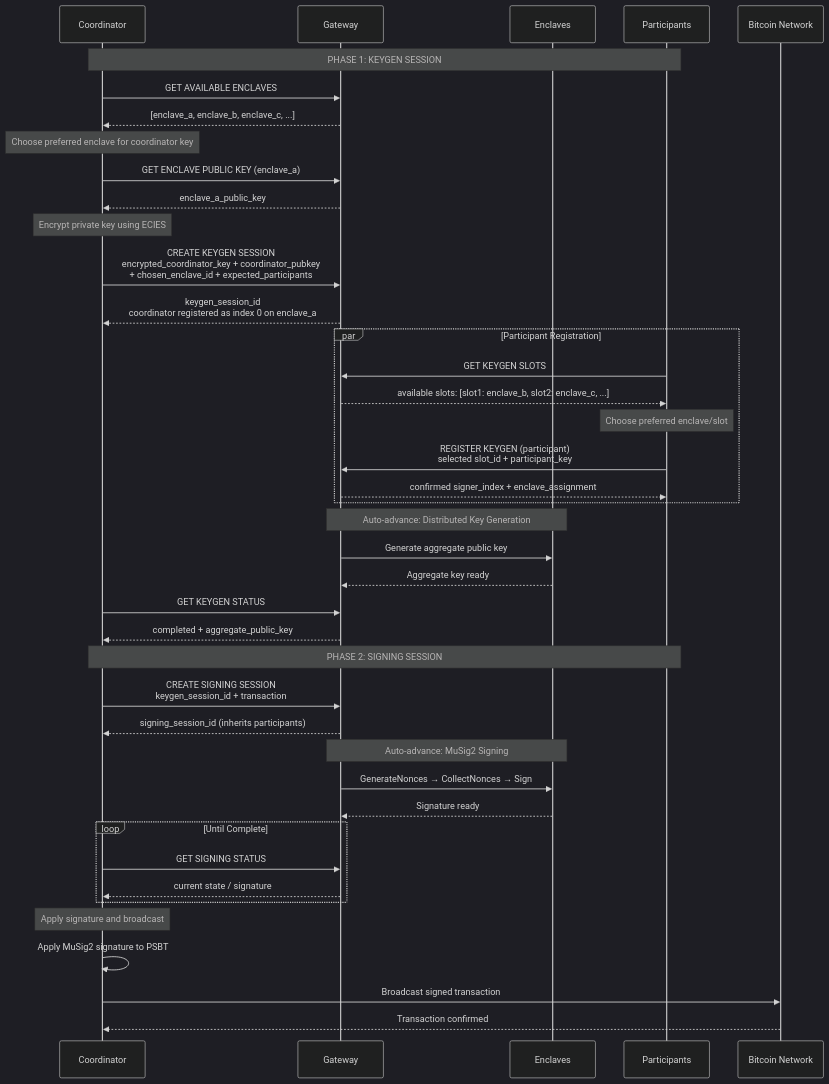
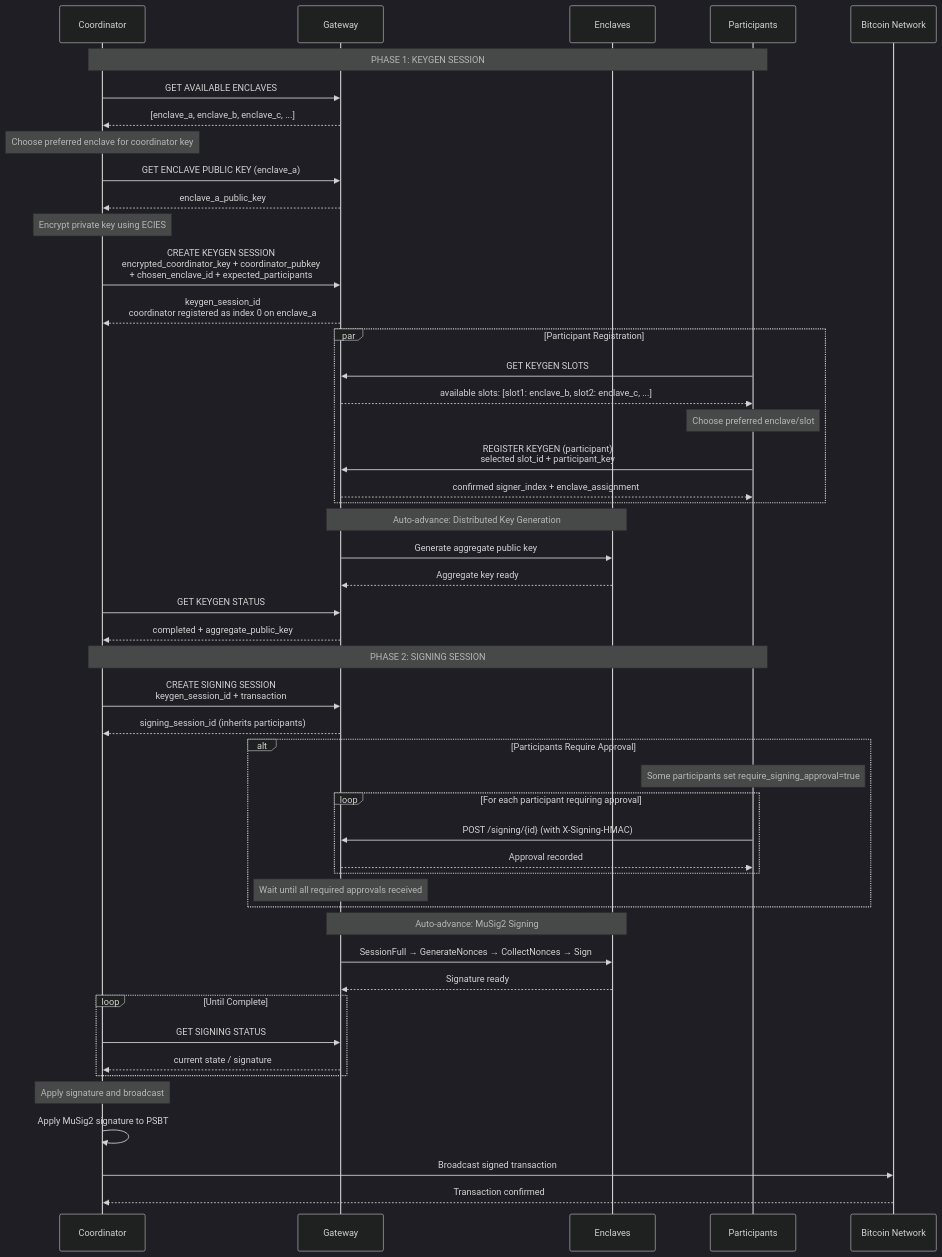
Before and after one commit to tee8z/keymeld: the first of 5 diagrams in README.md, drawn with Mermaid (dark theme). The commit also changed other lines of this file and 45 other files, not shown here.

````diff
--- a/README.md
+++ b/README.md
@@ -171,55 +208,64 @@
 ```mermaid
 sequenceDiagram
     participant C as Coordinator
     participant G as Gateway
     participant E as Enclaves
     participant P as Participants
     participant BN as Bitcoin Network
 
     Note over C,P: PHASE 1: KEYGEN SESSION
 
     C->>G: GET AVAILABLE ENCLAVES
     G-->>C: [enclave_a, enclave_b, enclave_c, ...]
 
     Note over C: Choose preferred enclave for coordinator key
     C->>G: GET ENCLAVE PUBLIC KEY (enclave_a)
     G-->>C: enclave_a_public_key
 
     Note over C: Encrypt private key using ECIES
     C->>G: CREATE KEYGEN SESSION<br/>encrypted_coordinator_key + coordinator_pubkey<br/>+ chosen_enclave_id + expected_participants
     G-->>C: keygen_session_id<br/>coordinator registered as index 0 on enclave_a
 
     par Participant Registration
         P->>G: GET KEYGEN SLOTS
         G-->>P: available slots: [slot1: enclave_b, slot2: enclave_c, ...]
 
         Note over P: Choose preferred enclave/slot
         P->>G: REGISTER KEYGEN (participant)<br/>selected slot_id + participant_key
         G-->>P: confirmed signer_index + enclave_assignment
     end
 
     Note over G,E: Auto-advance: Distributed Key Generation
     G->>E: Generate aggregate public key
     E-->>G: Aggregate key ready
 
     C->>G: GET KEYGEN STATUS
     G-->>C: completed + aggregate_public_key
 
     Note over C,P: PHASE 2: SIGNING SESSION
     C->>G: CREATE SIGNING SESSION<br/>keygen_session_id + transaction
     G-->>C: signing_session_id (inherits participants)
 
+    alt Participants Require Approval
+        Note over P: Some participants set require_signing_approval=true
+        loop For each participant requiring approval
+            P->>G: POST /signing/{id} (with X-Signing-HMAC)
+            G-->>P: Approval recorded
+        end
+        Note over G: Wait until all required approvals received
+    end
+
     Note over G,E: Auto-advance: MuSig2 Signing
-    G->>E: GenerateNonces → CollectNonces → Sign
+    G->>E: SessionFull → GenerateNonces → CollectNonces → Sign
     E-->>G: Signature ready
 
     loop Until Complete
         C->>G: GET SIGNING STATUS
         G-->>C: current state / signature
     end
 
     Note over C: Apply signature and broadcast
     C->>C: Apply MuSig2 signature to PSBT
     C->>BN: Broadcast signed transaction
     BN-->>C: Transaction confirmed
 ```
````
